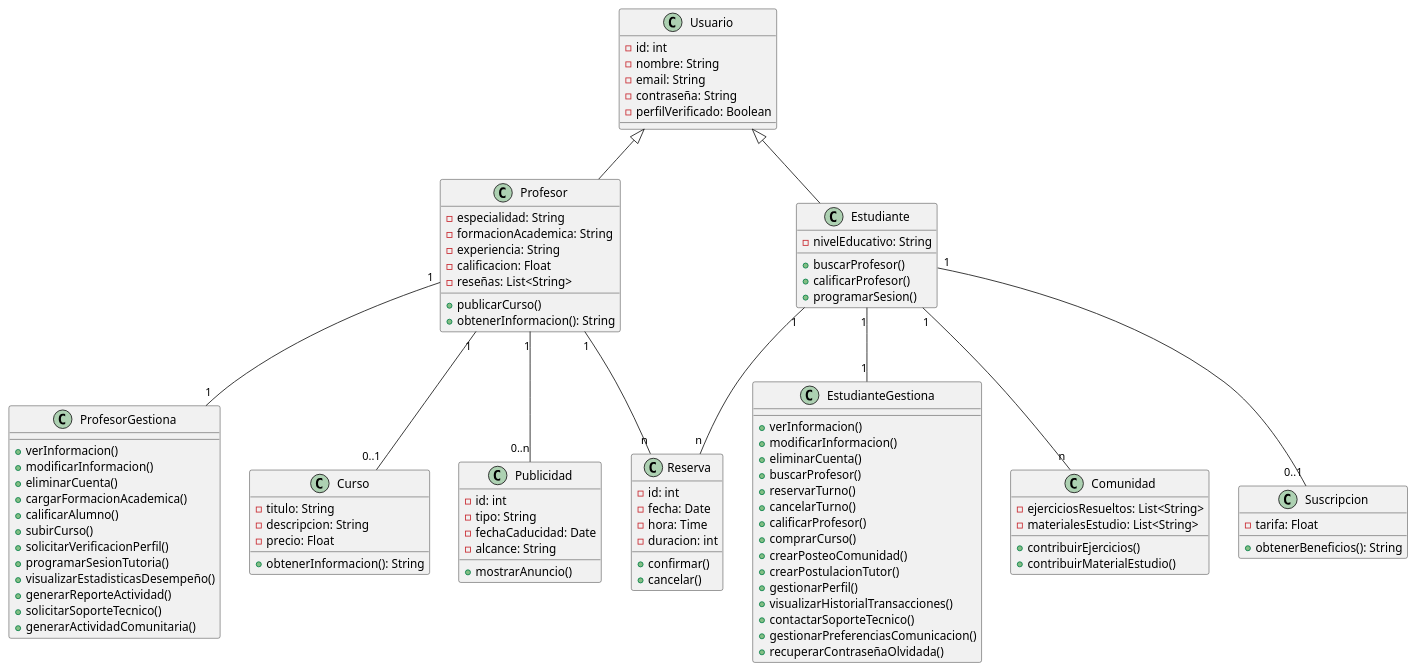
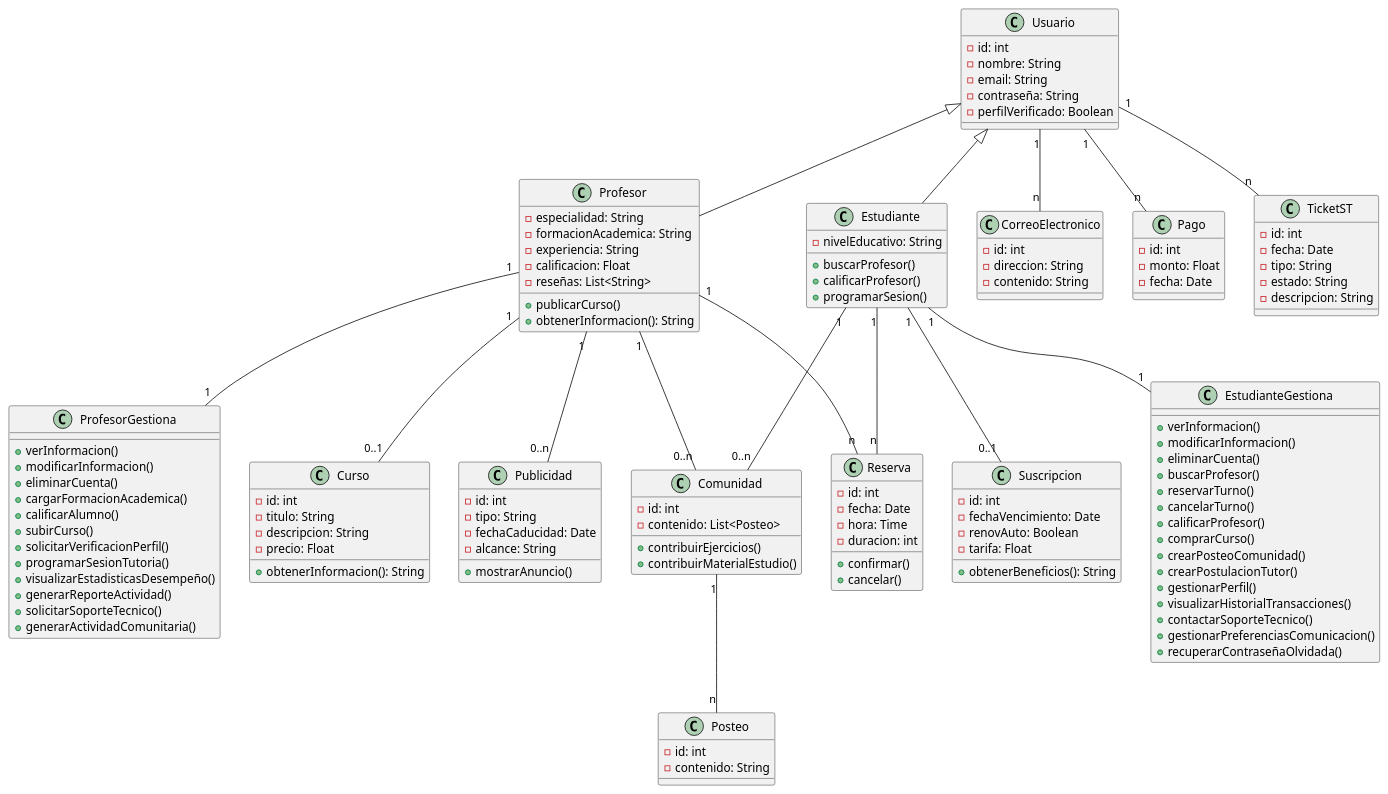
One commit to ZavSan95/ADESIII changed the diagram in diagramaClases.puml. Above: the diagram before and after it, drawn with PlantUML. The commit also changed 6 other files, not shown here.

```diff
--- a/diagramaClases.puml
+++ b/diagramaClases.puml
@@ -1,106 +1,144 @@
 @startuml
 
 class Usuario {
     - id: int
     - nombre: String
     - email: String
     - contraseña: String
     - perfilVerificado: Boolean
 }
 
 class Profesor extends Usuario {
     - especialidad: String
     - formacionAcademica: String
     - experiencia: String
     - calificacion: Float
     - reseñas: List<String>
     + publicarCurso()
     + obtenerInformacion(): String
 }
 
 class Estudiante extends Usuario {
     - nivelEducativo: String
     + buscarProfesor()
     + calificarProfesor()
     + programarSesion()
 }
 
 class EstudianteGestiona {
     + verInformacion()
     + modificarInformacion()
     + eliminarCuenta()
     + buscarProfesor()
     + reservarTurno()
     + cancelarTurno()
     + calificarProfesor()
     + comprarCurso()
     + crearPosteoComunidad()
     + crearPostulacionTutor()
     + gestionarPerfil()
     + visualizarHistorialTransacciones()
     + contactarSoporteTecnico()
     + gestionarPreferenciasComunicacion()
     + recuperarContraseñaOlvidada()
 }
 
 class ProfesorGestiona {
     + verInformacion()
     + modificarInformacion()
     + eliminarCuenta()
     + cargarFormacionAcademica()
     + calificarAlumno()
     + subirCurso()
     + solicitarVerificacionPerfil()
     + programarSesionTutoria()
     + visualizarEstadisticasDesempeño()
     + generarReporteActividad()
     + solicitarSoporteTecnico()
     + generarActividadComunitaria()
 }
 
 class Curso {
+    -id: int
     - titulo: String
     - descripcion: String
     - precio: Float
     + obtenerInformacion(): String
 }
 
 class Reserva {
     - id: int
     - fecha: Date
     - hora: Time
     - duracion: int
     + confirmar()
     + cancelar()
 }
 
 class Comunidad {
-    - ejerciciosResueltos: List<String>
-    - materialesEstudio: List<String>
+    -id: int
+    -contenido: List<Posteo>
     + contribuirEjercicios()
     + contribuirMaterialEstudio()
+}
+
+class Posteo {
+    - id: int
+    - contenido: String
+}
+
+class CorreoElectronico {
+    - id: int
+    - direccion: String
+    - contenido: String
+}
+
+class Pago{
+
+    -id: int
+    -monto: Float
+    -fecha: Date
+
+}
+
+class TicketST{
+
+    -id: int
+    -fecha: Date
+    -tipo: String
+    -estado: String
+    -descripcion: String
 }
 
 class Publicidad {
     - id: int
     - tipo: String
     - fechaCaducidad: Date
     - alcance: String
     + mostrarAnuncio()
 }
 
 class Suscripcion {
+    -id: int
+    -fechaVencimiento: Date
+    -renovAuto: Boolean
     - tarifa: Float
     + obtenerBeneficios(): String
 }
 
 Profesor "1" -- "1" ProfesorGestiona
 Profesor "1" -- "0..1" Curso
 Profesor "1" -- "n" Reserva
 Profesor "1" -- "0..n" Publicidad
+Profesor "1" -- "0..n" Comunidad
 Estudiante "1" -- "1" EstudianteGestiona
 Estudiante "1" -- "n" Reserva
-Estudiante "1" -- "n" Comunidad
+Estudiante "1" -- "0..n" Comunidad
 Estudiante "1" -- "0..1" Suscripcion
+Usuario "1" -- "n" CorreoElectronico
+Usuario "1" -- "n" Pago
+Usuario "1" -- "n" TicketST
+Comunidad "1" -- "n" Posteo
+
 
 @enduml
```
